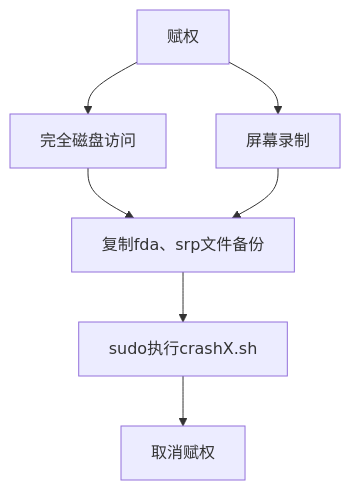
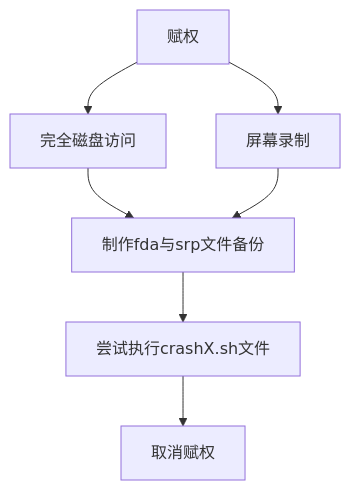
One commit to whiteme/xcondom changed the diagram in README.md. Above: the diagram before and after it, drawn with Mermaid.

````diff
--- a/README.md
+++ b/README.md
@@ -28,11 +28,9 @@
- ```mermaid
- 
-graph TD
-    A[赋权] --> B[完全磁盘访问]
-    A[赋权] --> C[屏幕录制]
-    D[复制fda、srp文件备份]
-    B-->D
-    C-->D
-    D-->F[sudo执行crashX.sh]
-    F-->G[取消赋权]
+```mermaid
+ graph TD;
+    A[赋权]-->B[完全磁盘访问];
+    A[赋权]-->C[屏幕录制];
+    B-->D[制作fda与srp文件备份];
+    C-->D[制作fda与srp文件备份];
+    D-->F[尝试执行crashX.sh文件];
+    F-->G[取消赋权];
 ```
````
